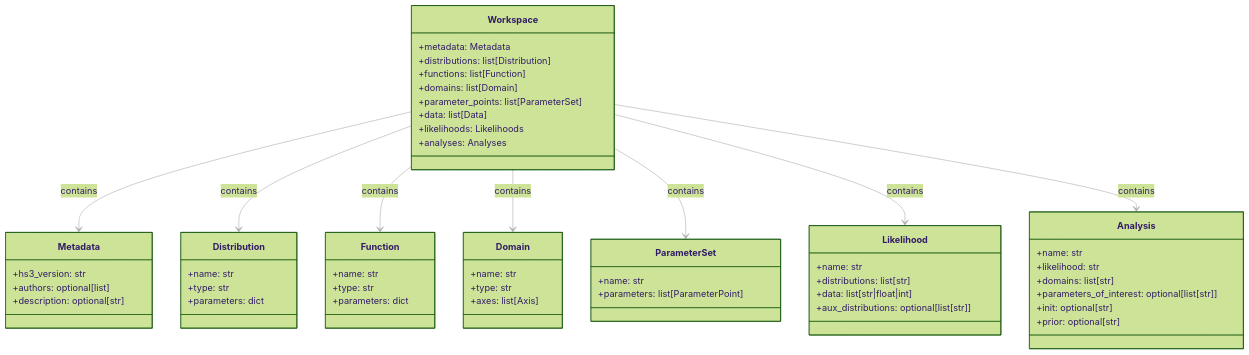
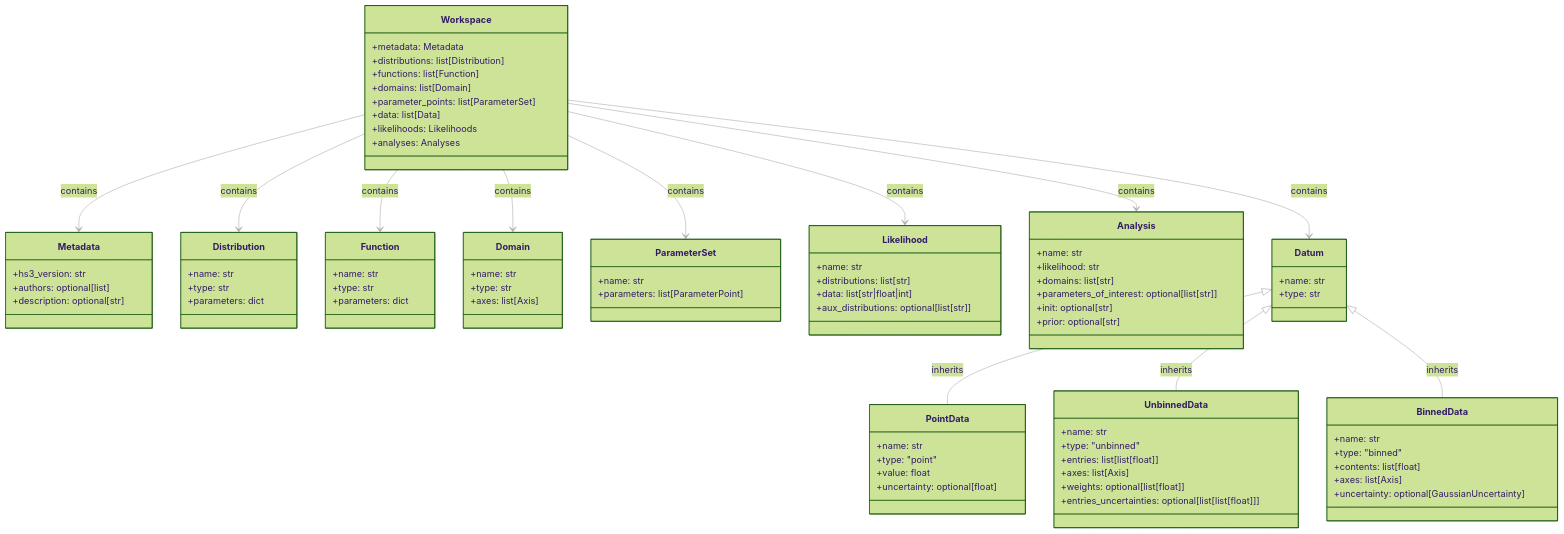
One commit to scipp-atlas/pyhs3 changed the diagram in docs/workspace.rst. Above: the diagram before and after it, drawn with Mermaid. The commit also changed other lines of this file and 4 other files, not shown here.

Commit message:
add Data/Datum

```diff
--- a/docs/workspace.rst
+++ b/docs/workspace.rst
@@ -221,10 +223,43 @@
            +prior: optional[str]
        }
 
+       class Datum {
+           +name: str
+           +type: str
+       }
+
+       class PointData {
+           +name: str
+           +type: "point"
+           +value: float
+           +uncertainty: optional[float]
+       }
+
+       class UnbinnedData {
+           +name: str
+           +type: "unbinned"
+           +entries: list[list[float]]
+           +axes: list[Axis]
+           +weights: optional[list[float]]
+           +entries_uncertainties: optional[list[list[float]]]
+       }
+
+       class BinnedData {
+           +name: str
+           +type: "binned"
+           +contents: list[float]
+           +axes: list[Axis]
+           +uncertainty: optional[GaussianUncertainty]
+       }
+
        Workspace --> Metadata : contains
        Workspace --> Distribution : contains
        Workspace --> Function : contains
        Workspace --> Domain : contains
        Workspace --> ParameterSet : contains
+       Workspace --> Datum : contains
        Workspace --> Likelihood : contains
        Workspace --> Analysis : contains
+       Datum <|-- PointData : inherits
+       Datum <|-- UnbinnedData : inherits
+       Datum <|-- BinnedData : inherits
```
